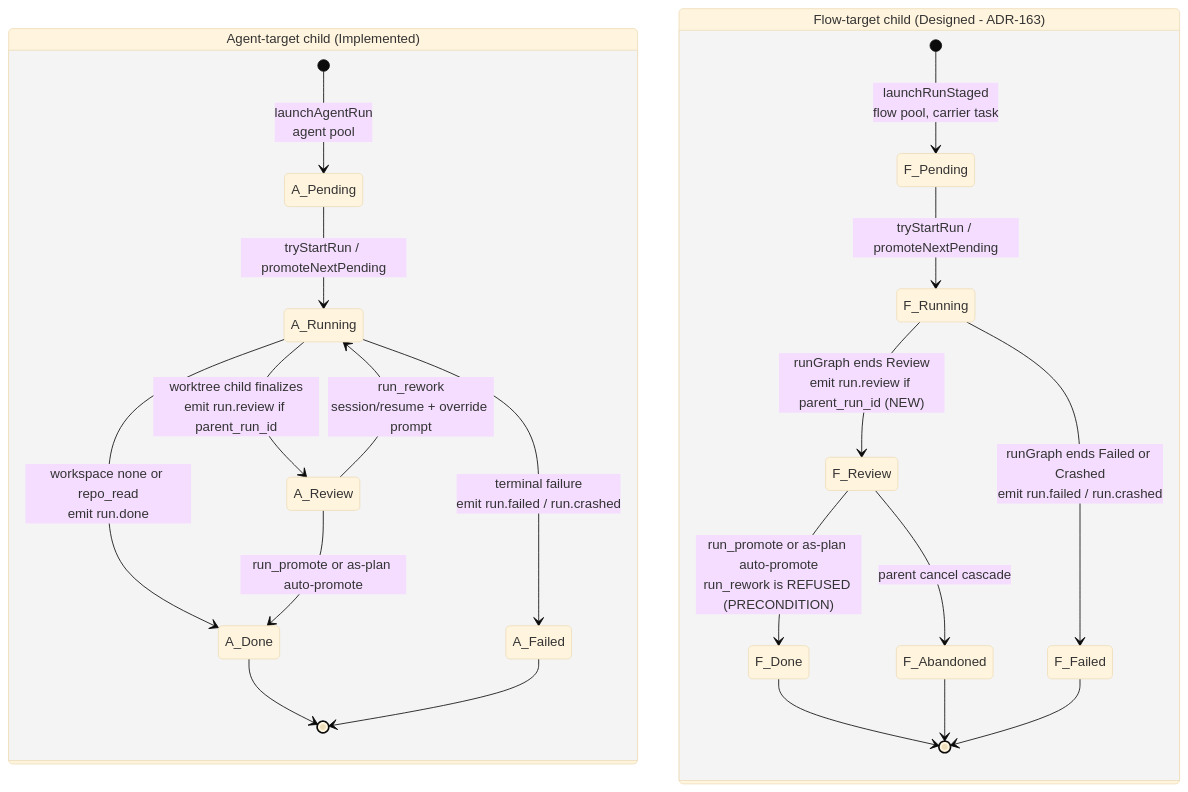
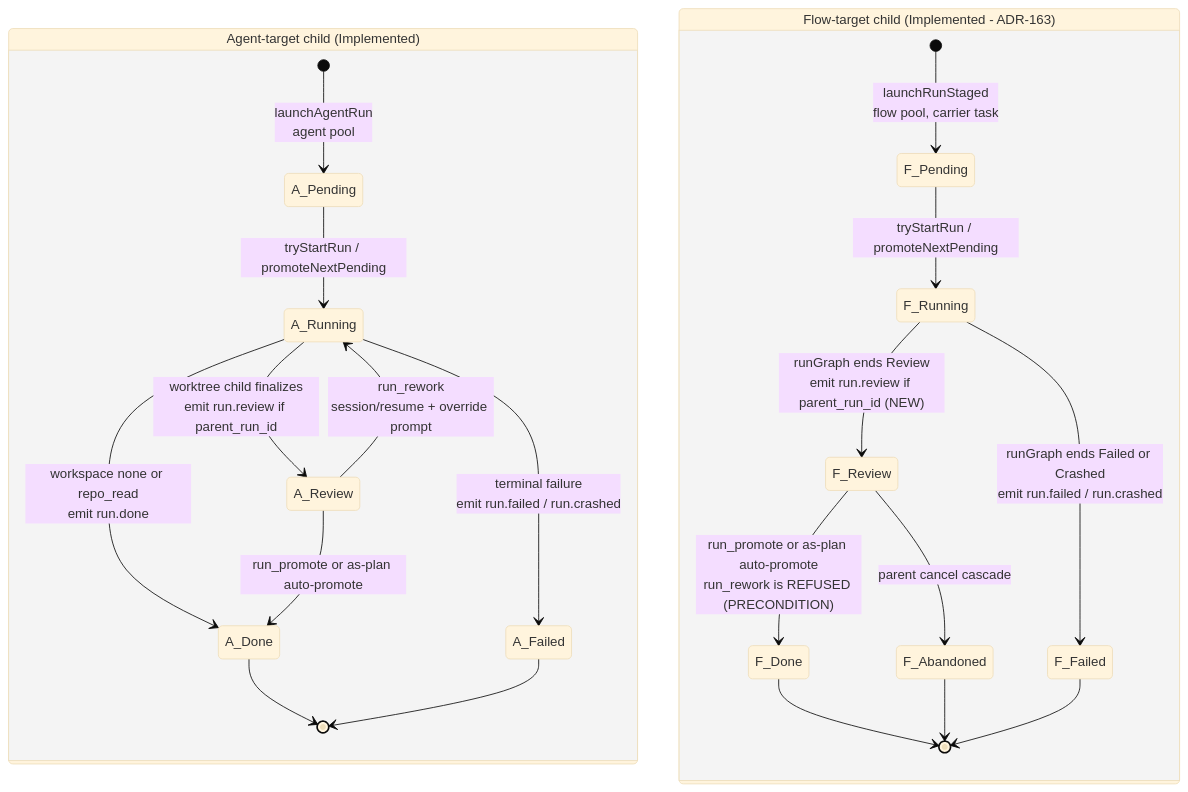
One commit to maister-dev/maister changed the second of 9 diagrams in docs/system-analytics/orchestrator.md. Above: the diagram before and after it, drawn with Mermaid (base theme). The commit also changed other lines of this file and 15 other files, not shown here.

First line of the commit message:
docs(api): finalize the flow-target contract surfaces; e2e flow-child smoke

````diff
--- a/docs/system-analytics/orchestrator.md
+++ b/docs/system-analytics/orchestrator.md
@@ -126,26 +126,26 @@
 ```mermaid
 stateDiagram-v2
     state "Agent-target child (Implemented)" as AgentChild {
         [*] --> A_Pending: launchAgentRun<br/>agent pool
         A_Pending --> A_Running: tryStartRun / promoteNextPending
         A_Running --> A_Review: worktree child finalizes<br/>emit run.review if parent_run_id
         A_Running --> A_Done: workspace none or repo_read<br/>emit run.done
         A_Review --> A_Running: run_rework<br/>session/resume + override prompt
         A_Review --> A_Done: run_promote or as-plan auto-promote
         A_Running --> A_Failed: terminal failure<br/>emit run.failed / run.crashed
         A_Done --> [*]
         A_Failed --> [*]
     }
 
-    state "Flow-target child (Designed - ADR-163)" as FlowChild {
+    state "Flow-target child (Implemented - ADR-163)" as FlowChild {
         [*] --> F_Pending: launchRunStaged<br/>flow pool, carrier task
         F_Pending --> F_Running: tryStartRun / promoteNextPending
         F_Running --> F_Review: runGraph ends Review<br/>emit run.review if parent_run_id (NEW)
         F_Review --> F_Done: run_promote or as-plan auto-promote<br/>run_rework is REFUSED (PRECONDITION)
         F_Running --> F_Failed: runGraph ends Failed or Crashed<br/>emit run.failed / run.crashed
         F_Review --> F_Abandoned: parent cancel cascade
         F_Done --> [*]
         F_Failed --> [*]
         F_Abandoned --> [*]
     }
 ```
````
